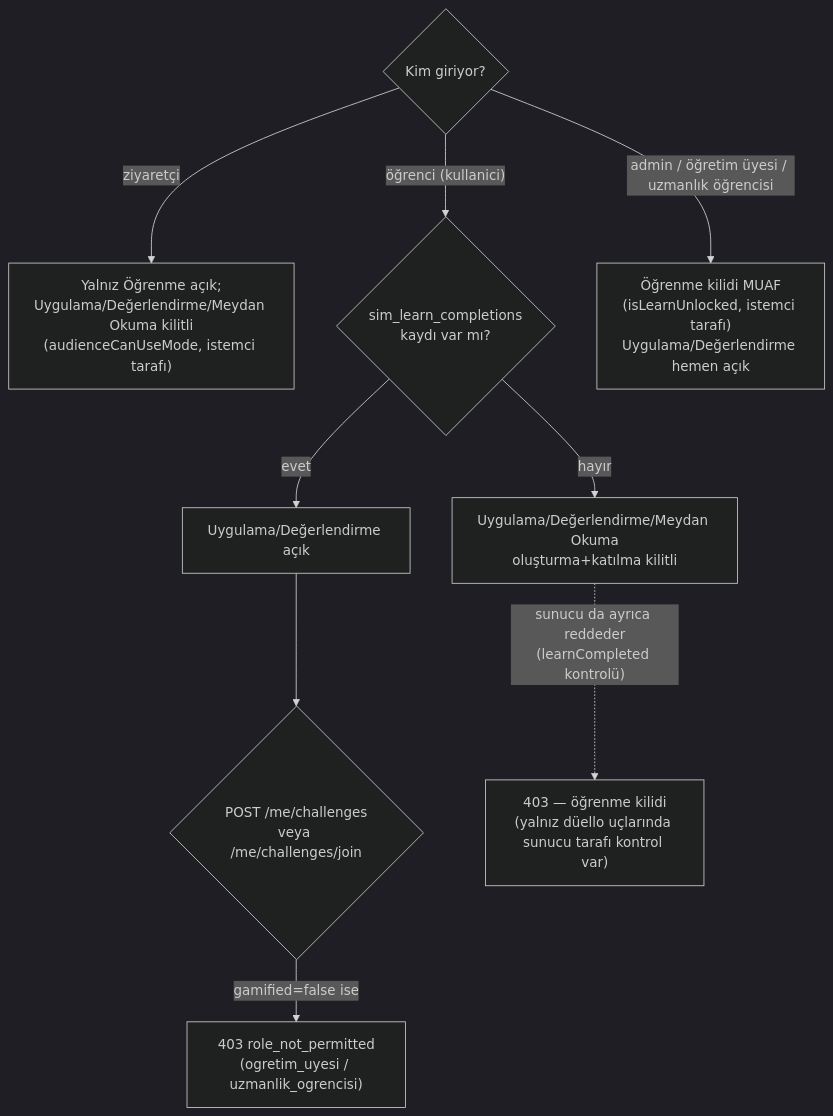
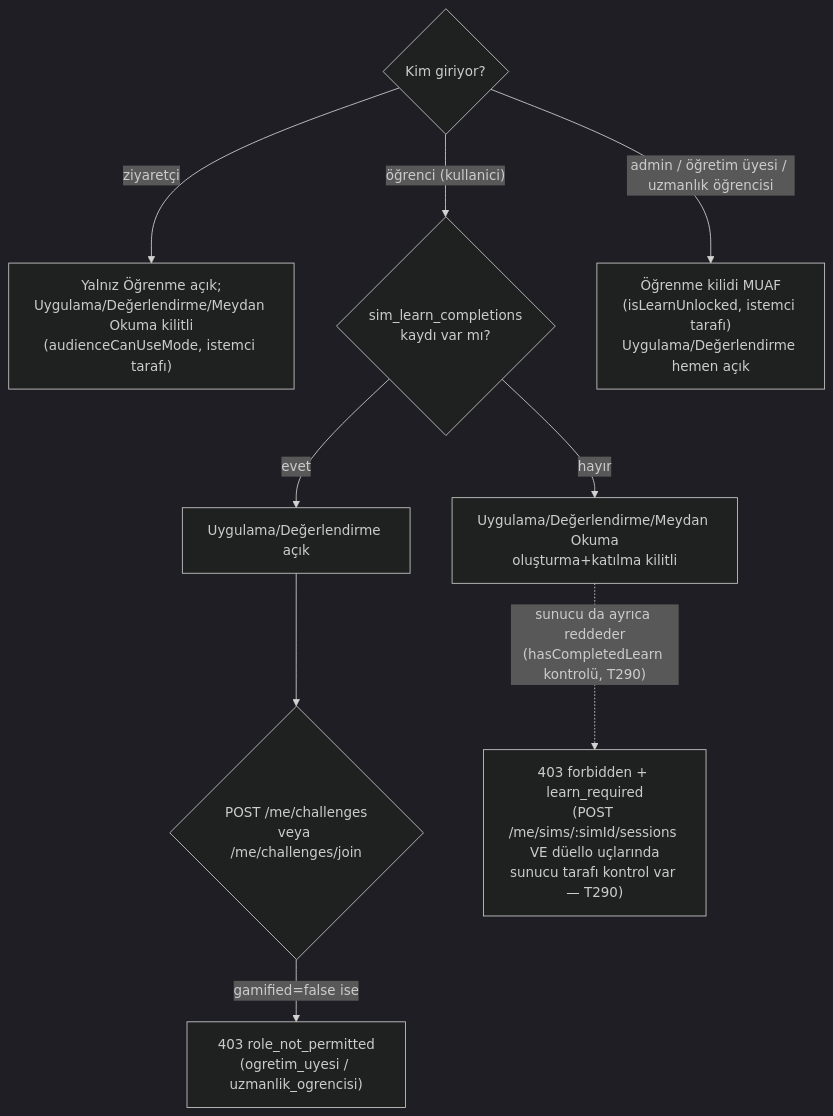
Before and after one commit to ozankaraca10/egemed: the second of 2 diagrams in docs/sema/urun.md, drawn with Mermaid (dark theme). The commit also changed other lines of this file and 10 other files, not shown here.

Commit message:
T290: sunucu öğrenme kilidi — uygulama/değerlendirme oturumu learn_required (Sonnet; doğrulama: Claude)

````diff
--- a/docs/sema/urun.md
+++ b/docs/sema/urun.md
@@ -74,14 +74,14 @@
 ```mermaid
 flowchart TD
   giris{"Kim giriyor?"}
   giris -->|"ziyaretçi"| zOgrenme["Yalnız Öğrenme açık;\nUygulama/Değerlendirme/Meydan Okuma kilitli\n(audienceCanUseMode, istemci tarafı)"]
   giris -->|"öğrenci (kullanici)"| ogrenmeBittiMi{"sim_learn_completions\nkaydı var mı?"}
   giris -->|"admin / öğretim üyesi / uzmanlık öğrencisi"| muaf["Öğrenme kilidi MUAF\n(isLearnUnlocked, istemci tarafı)\nUygulama/Değerlendirme hemen açık"]
 
   ogrenmeBittiMi -->|"hayır"| kilitli["Uygulama/Değerlendirme/Meydan Okuma\noluşturma+katılma kilitli"]
   ogrenmeBittiMi -->|"evet"| acik["Uygulama/Değerlendirme açık"]
 
   acik --> duelloKontrol{"POST /me/challenges\nveya /me/challenges/join"}
-  kilitli -.->|"sunucu da ayrıca reddeder\n(learnCompleted kontrolü)"| duelloRed["403 — öğrenme kilidi\n(yalnız düello uçlarında sunucu tarafı kontrol var)"]
+  kilitli -.->|"sunucu da ayrıca reddeder\n(hasCompletedLearn kontrolü, T290)"| duelloRed["403 forbidden + learn_required\n(POST /me/sims/:simId/sessions VE düello uçlarında\nsunucu tarafı kontrol var — T290)"]
   duelloKontrol -->|"gamified=false ise"| rolRed["403 role_not_permitted\n(ogretim_uyesi / uzmanlik_ogrencisi)"]
 ```
````
